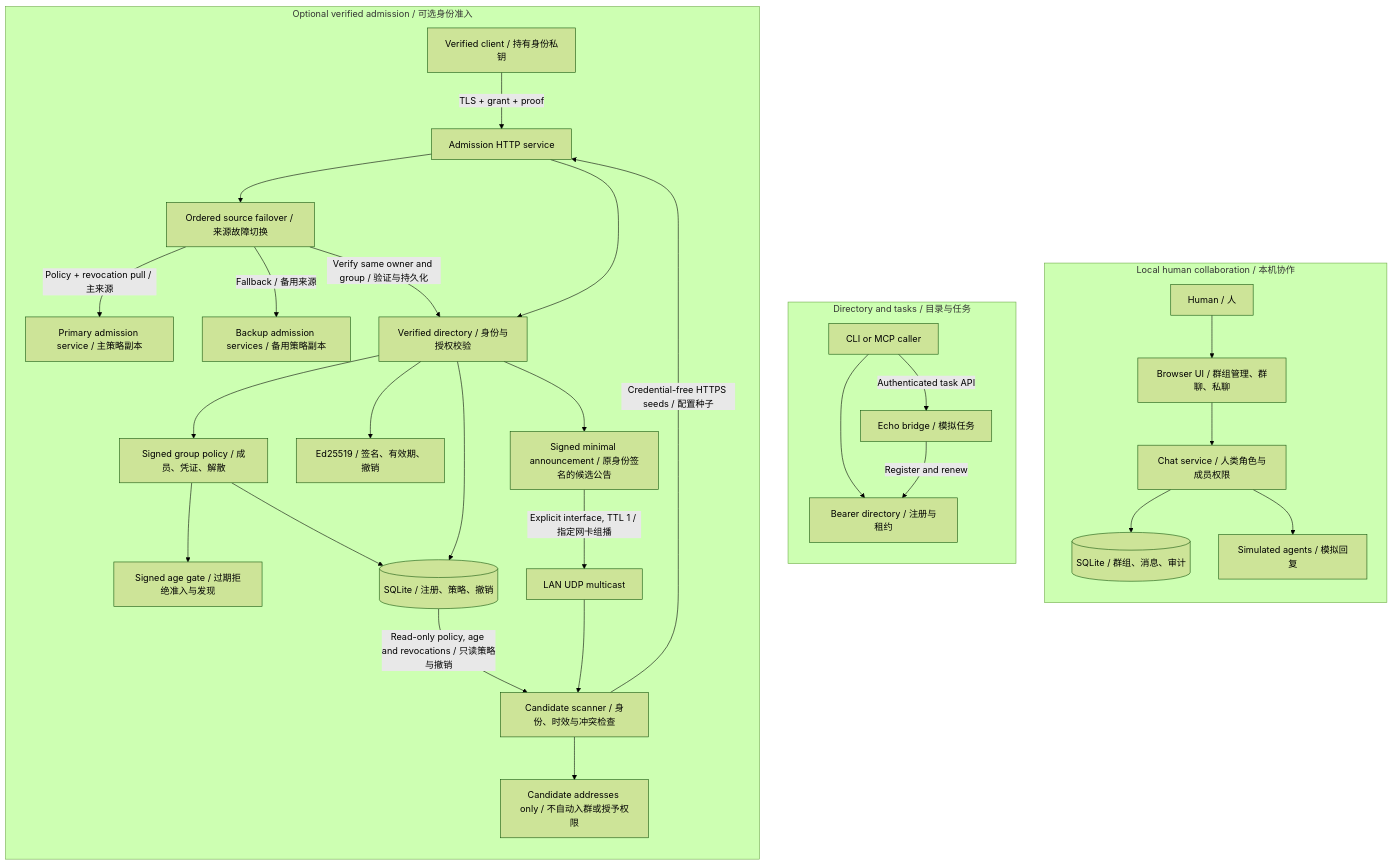
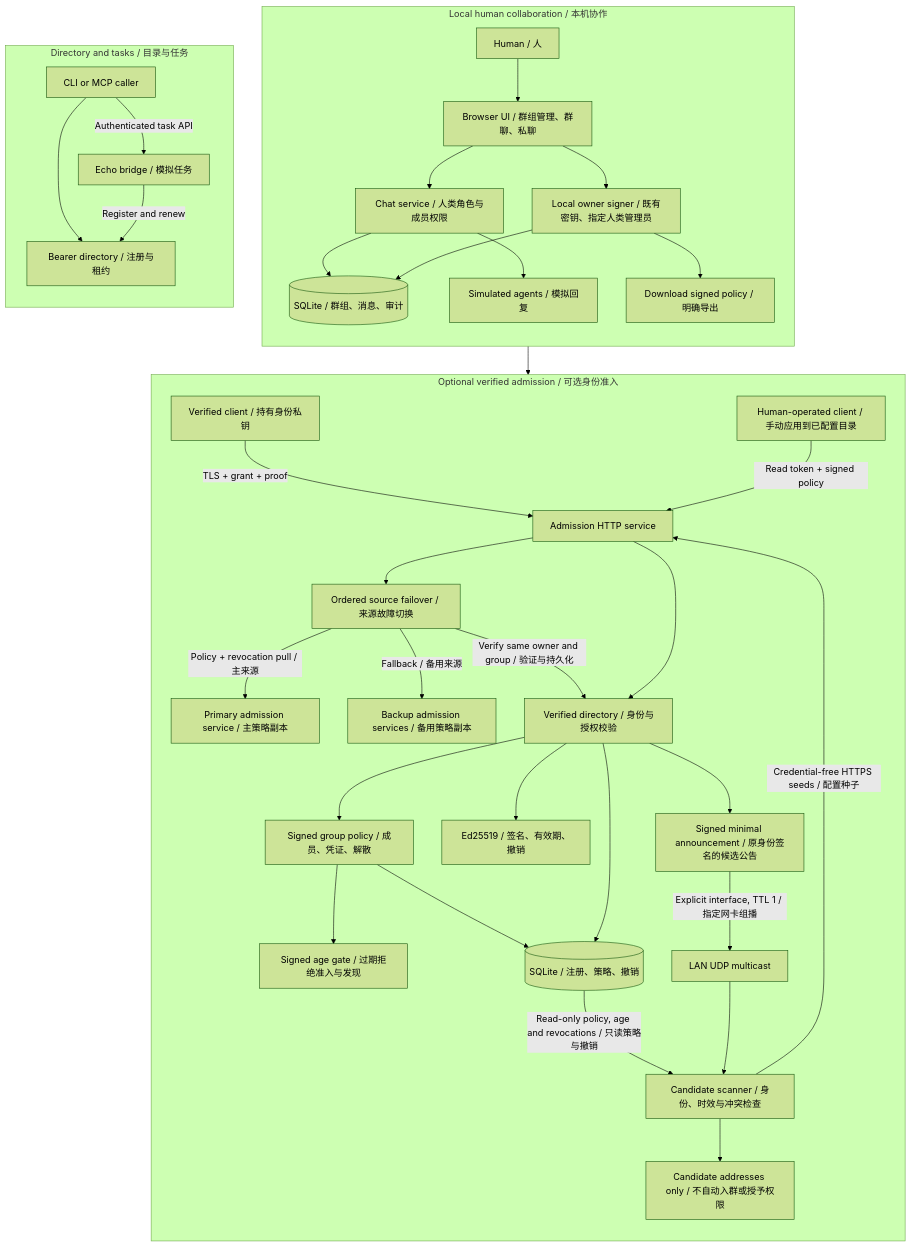
Before and after one commit to lgdu/tailnet-agents: the first of 2 diagrams in README.md, drawn with Mermaid (forest theme). The commit also changed other lines of this file and 21 other files, not shown here.

First line of the commit message:
feat: add explicit human policy signing and export workflow (#6)

````diff
--- a/README.md
+++ b/README.md
@@ -37,36 +38,41 @@
 ```mermaid
 flowchart TB
   subgraph CHAT["Local human collaboration / 本机协作"]
     direction TB
     H["Human / 人"] --> UI["Browser UI / 群组管理、群聊、私聊"]
     UI --> CS["Chat service / 人类角色与成员权限"]
     CS --> DB[("SQLite / 群组、消息、审计")]
     CS --> SIM["Simulated agents / 模拟回复"]
+    UI --> SIGN["Local owner signer / 既有密钥、指定人类管理员"]
+    SIGN --> DB
+    SIGN --> EXPORT["Download signed policy / 明确导出"]
   end
   subgraph TASK["Directory and tasks / 目录与任务"]
     direction TB
     CALL["CLI or MCP caller"] --> REG["Bearer directory / 注册与租约"]
     CALL -->|"Authenticated task API"| ECHO["Echo bridge / 模拟任务"]
     ECHO -->|"Register and renew"| REG
   end
   subgraph VERIFY["Optional verified admission / 可选身份准入"]
     direction TB
     VC["Verified client / 持有身份私钥"] -->|"TLS + grant + proof"| API["Admission HTTP service"]
     API --> SYNC["Ordered source failover / 来源故障切换"]
     SYNC -->|"Policy + revocation pull / 主来源"| PEER["Primary admission service / 主策略副本"]
     SYNC -->|"Fallback / 备用来源"| BACKUP["Backup admission services / 备用策略副本"]
     SYNC -->|"Verify same owner and group / 验证与持久化"| VD
+    EXPORT --> APPLY["Human-operated client / 手动应用到已配置目录"]
+    APPLY -->|"Read token + signed policy"| API
     API --> VD["Verified directory / 身份与授权校验"]
     VD --> GP["Signed group policy / 成员、凭证、解散"]
     GP --> AGE["Signed age gate / 过期拒绝准入与发现"]
     VD --> ID["Ed25519 / 签名、有效期、撤销"]
     VD --> VDB[("SQLite / 注册、策略、撤销")]
     GP --> VDB
     VD --> ANN["Signed minimal announcement / 原身份签名的候选公告"]
     ANN -->|"Explicit interface, TTL 1 / 指定网卡组播"| LAN["LAN UDP multicast"]
     LAN --> FIND["Candidate scanner / 身份、时效与冲突检查"]
     VDB -->|"Read-only policy, age and revocations / 只读策略与撤销"| FIND
     FIND -->|"Credential-free HTTPS seeds / 配置种子"| API
     FIND --> CAND["Candidate addresses only / 不自动入群或授予权限"]
   end
 ```
````
